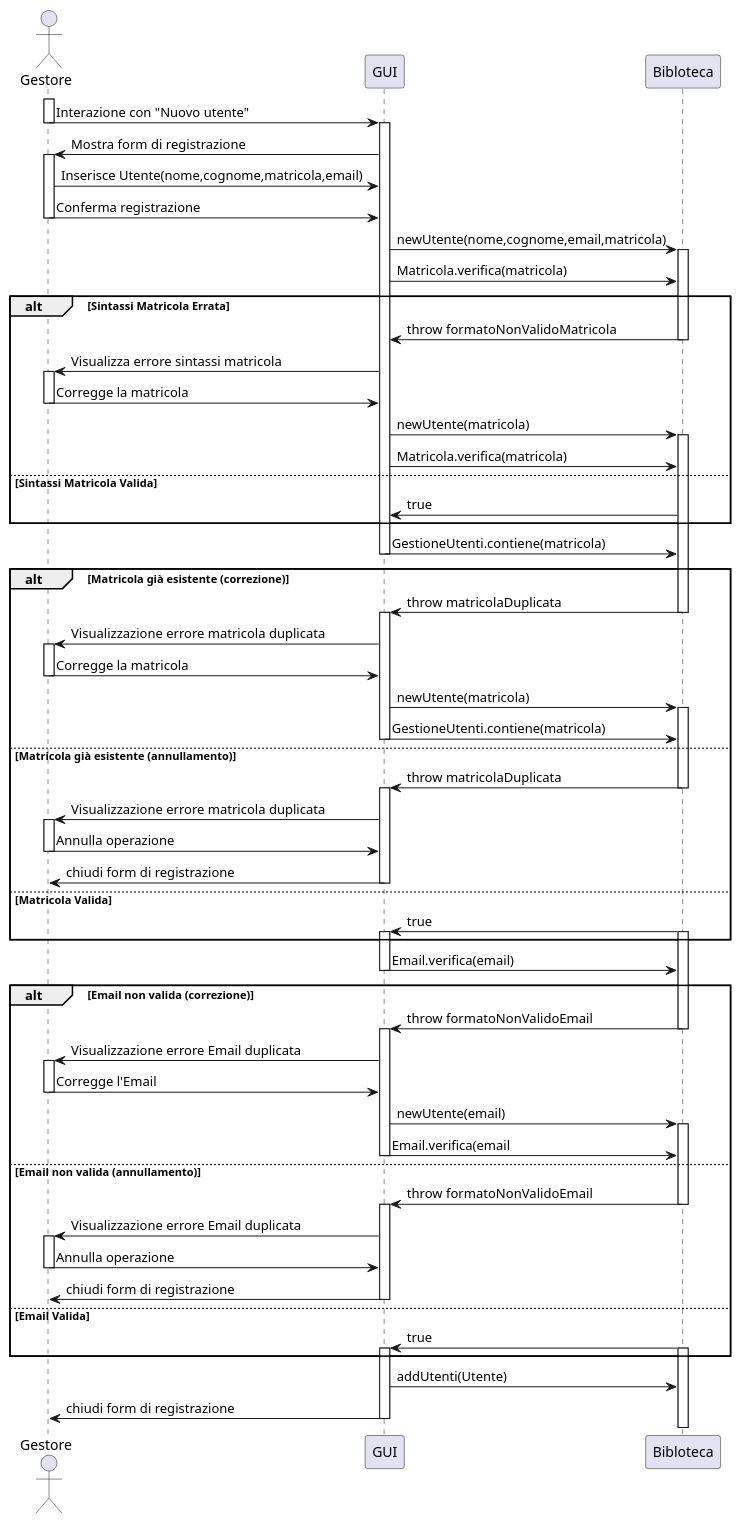
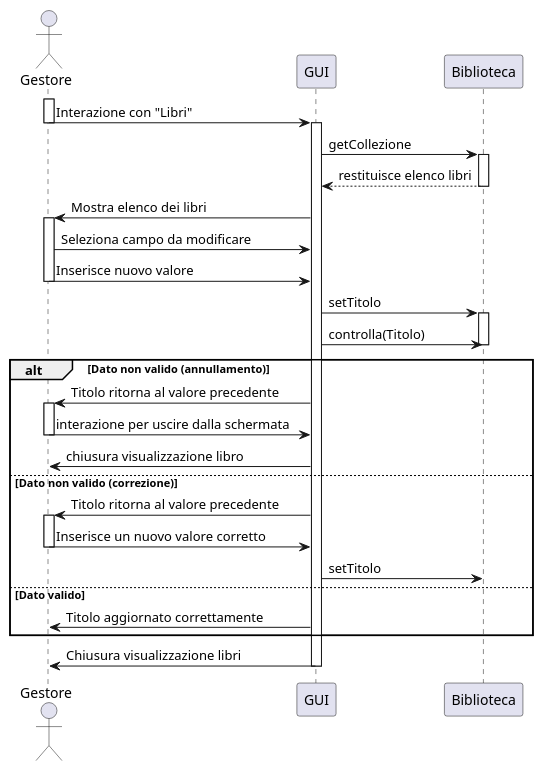
The diagram in docs/uml/UMLModificaLibro.puml (Meziu/easylibrary), drawn with PlantUML before and after one commit. The commit also changed 2 other files, not shown here.

Commit message:
Aggiunta di Rimuovi libro puml e fix dei altri 2 puml caricati

```diff
--- a/docs/uml/UMLModificaLibro.puml
+++ b/docs/uml/UMLModificaLibro.puml
@@ -1,141 +1,51 @@
 @startuml
 actor Gestore
 participant "GUI" as UI
-participant "Bibloteca" as S
+participant "Biblioteca" as B
+
+'  ---- Flusso principale -----
 activate Gestore
-' ----- Inizio -----
-
-Gestore -> UI : Interazione con "Nuovo utente"
+Gestore -> UI : Interazione con "Libri"
 deactivate Gestore
 activate UI
-UI -> Gestore : Mostra form di registrazione  
 
+UI -> B : getCollezione
+activate B
+B --> UI : restituisce elenco libri
+deactivate B
+UI -> Gestore : Mostra elenco dei libri
 activate Gestore
-Gestore -> UI : Inserisce Utente(nome,cognome,matricola,email)
-Gestore -> UI : Conferma registrazione
+
+Gestore -> UI : Seleziona campo da modificare
+Gestore -> UI : Inserisce nuovo valore
 deactivate Gestore
+UI -> B : setTitolo
+activate B
+UI -> B : controlla(Titolo)
+deactivate B
 
-' ----- Invio dati a Sistema -----
-UI -> S : newUtente(nome,cognome,email,matricola)
-
-activate S
-UI -> S : Matricola.verifica(matricola)
-
-' ----- Controllo Sintassi Matricola -----
-alt Sintassi Matricola Errata
-S -> UI : throw formatoNonValidoMatricola
-deactivate S
-UI -> Gestore : Visualizza errore sintassi matricola
-activate Gestore
-Gestore -> UI : Corregge la matricola
-deactivate Gestore
-UI -> S : newUtente(matricola)
-activate S
-UI -> S : Matricola.verifica(matricola)
-
-else Sintassi Matricola Valida
-S -> UI : true
-end
-
-' ----- Controllo Matricola -----
-UI -> S : GestioneUtenti.contiene(matricola)
-deactivate UI
-alt Matricola già esistente (correzione)
-
-    S -> UI : throw matricolaDuplicata
-    deactivate S    
-    activate UI
-
-    
-    UI -> Gestore : Visualizzazione errore matricola duplicata
-    
-
+' ----- Verifica Dati -----
+alt Dato non valido (annullamento)
+    UI -> Gestore : Titolo ritorna al valore precedente
     activate Gestore
-    Gestore -> UI : Corregge la matricola
+    Gestore -> UI : interazione per uscire dalla schermata
     deactivate Gestore
+    UI -> Gestore : chiusura visualizzazione libro 
 
 
-    UI -> S : newUtente(matricola)
+else Dato non valido (correzione)
+    UI -> Gestore : Titolo ritorna al valore precedente
+    activate Gestore
+    Gestore -> UI : Inserisce un nuovo valore corretto
+    deactivate Gestore
+    UI -> B : setTitolo
 
-
-    activate S
-    UI -> S : GestioneUtenti.contiene(matricola)
-    deactivate UI
-
-
-else Matricola già esistente (annullamento)
-
-    S -> UI : throw matricolaDuplicata
-    deactivate S
-
-    activate UI
-    UI -> Gestore : Visualizzazione errore matricola duplicata
-
-
-    activate Gestore
-    Gestore -> UI : Annulla operazione
-    deactivate Gestore
-
-
-    UI -> Gestore : chiudi form di registrazione
-deactivate UI
-else Matricola Valida
-
-S -> UI : true
-activate UI
-activate S
-
-end
-' ----- Controllo Email -----
-
-UI -> S : Email.verifica(email)
-
-    deactivate UI
-alt Email non valida (correzione)
-    S -> UI : throw formatoNonValidoEmail
-    deactivate S    
-    activate UI
-
-    UI -> Gestore : Visualizzazione errore Email duplicata
-
-    activate Gestore
-    Gestore -> UI : Corregge l'Email
-    deactivate Gestore
-
-
-    UI -> S : newUtente(email)
-
-    activate S
-    UI -> S : Email.verifica(email
-
-    deactivate UI
-else Email non valida (annullamento)
-    S -> UI : throw formatoNonValidoEmail
-    deactivate S
-
-    activate UI
-    UI -> Gestore : Visualizzazione errore Email duplicata
-
-
-    activate Gestore
-    Gestore -> UI : Annulla operazione
-    deactivate Gestore
-
-
-    UI -> Gestore : chiudi form di registrazione
-deactivate UI
-
-else Email Valida
-S -> UI : true
-activate UI
-activate S
+else Dato valido
+    UI -> Gestore : Titolo aggiornato correttamente
 
 end
 
-' ----- Conclusione -----
+UI -> Gestore : Chiusura visualizzazione libri
+deactivate UI
 
-UI -> S : addUtenti(Utente)
-
-UI -> Gestore : chiudi form di registrazione
-deactivate UI
 @enduml
```
